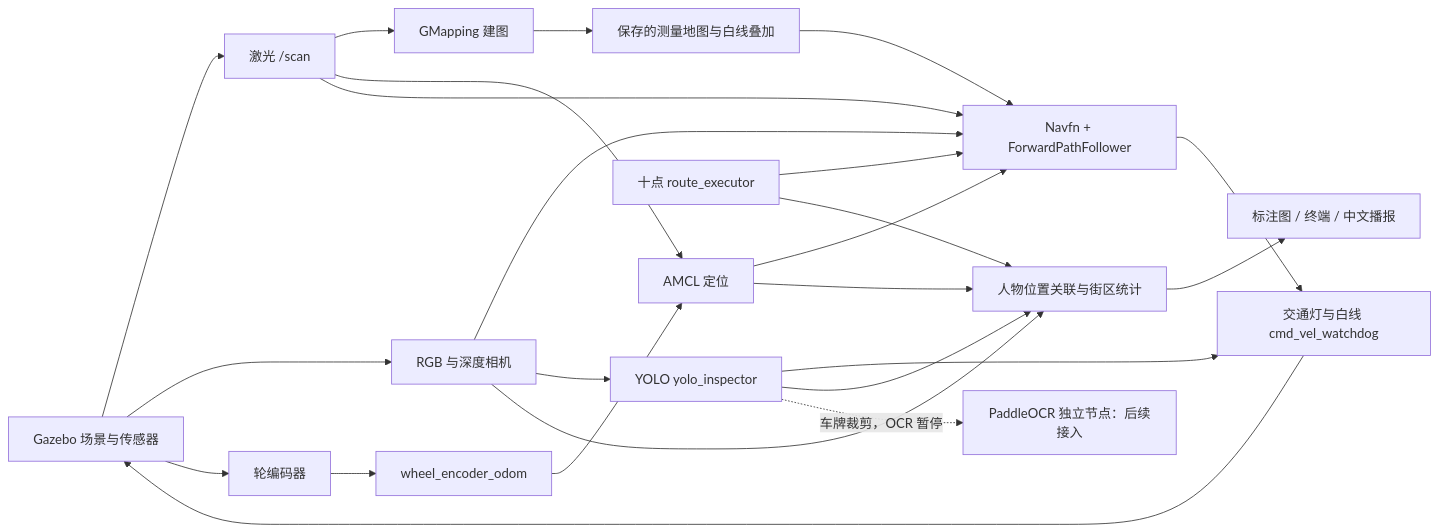
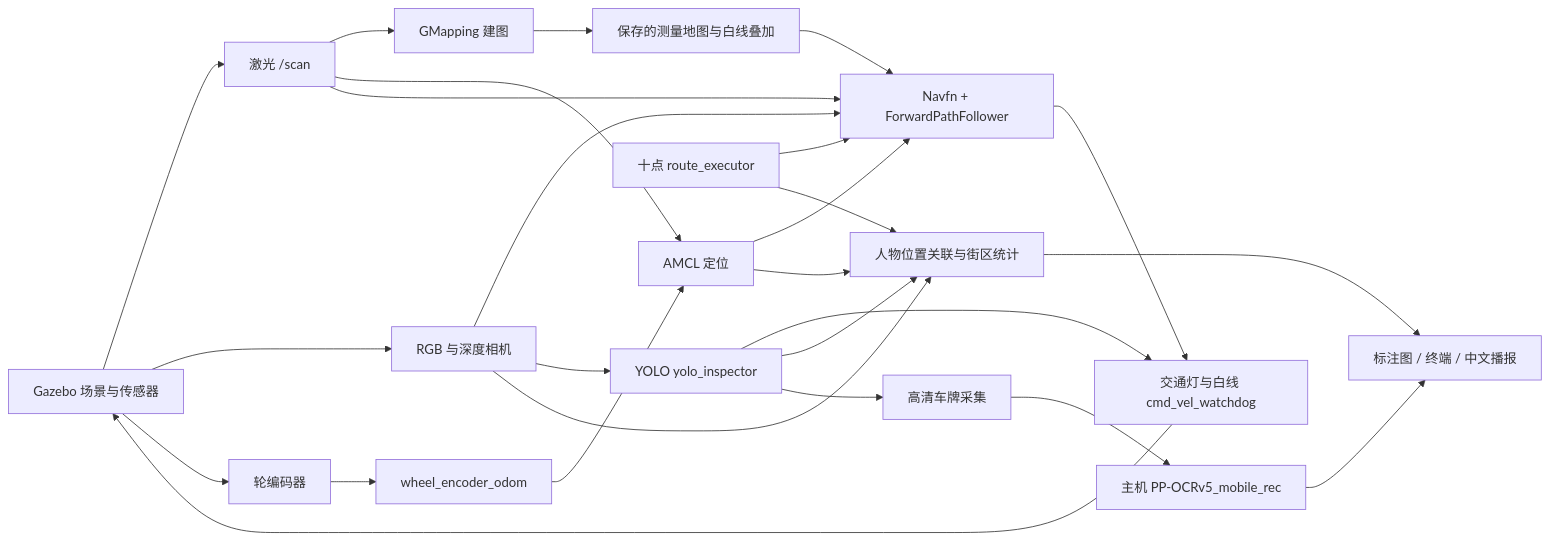
The diagram in submission/技术方案草稿.md (czself/ros), drawn with Mermaid before and after one commit. The commit also changed other lines of this file and 11 other files, not shown here.

````diff
--- a/submission/技术方案草稿.md
+++ b/submission/技术方案草稿.md
@@ -11,26 +11,28 @@
 ```mermaid
 flowchart LR
   G[Gazebo 场景与传感器] --> L[激光 /scan]
   G --> C[RGB 与深度相机]
   G --> E[轮编码器]
   L --> S[GMapping 建图]
   L --> A[AMCL 定位]
   E --> O[wheel_encoder_odom]
   O --> A
   S --> M[保存的测量地图与白线叠加]
   M --> N[Navfn + ForwardPathFollower]
   A --> N
   L --> N
   C --> N
   C --> Y[YOLO yolo_inspector]
   Y --> T[交通灯与白线 cmd_vel_watchdog]
   N --> T
   T --> G
   Y --> P[人物位置关联与街区统计]
   C --> P
   A --> P
   R[十点 route_executor] --> N
   R --> P
   P --> V[标注图 / 终端 / 中文播报]
-  Y -. 车牌裁剪，OCR 暂停 .-> OCR[PaddleOCR 独立节点：后续接入]
+  Y --> H[高清车牌采集]
+  H --> OCR[主机 PP-OCRv5_mobile_rec]
+  OCR --> V
 ```
````
